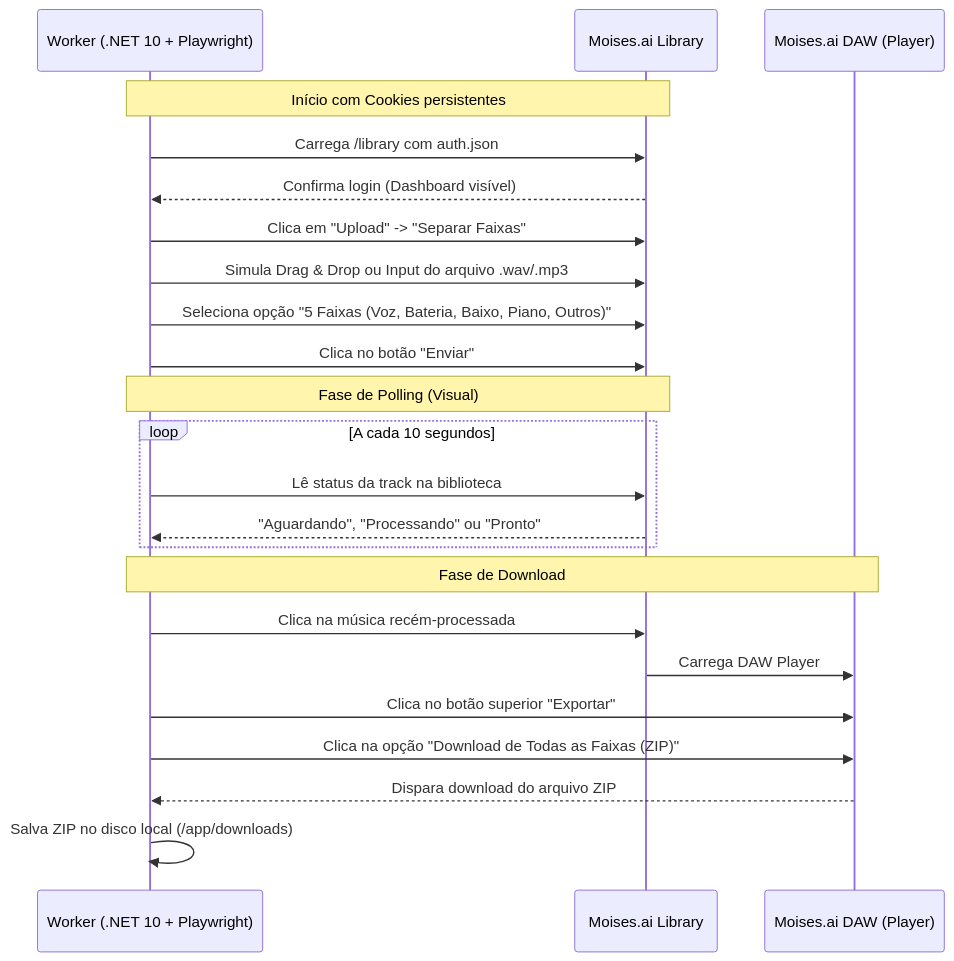
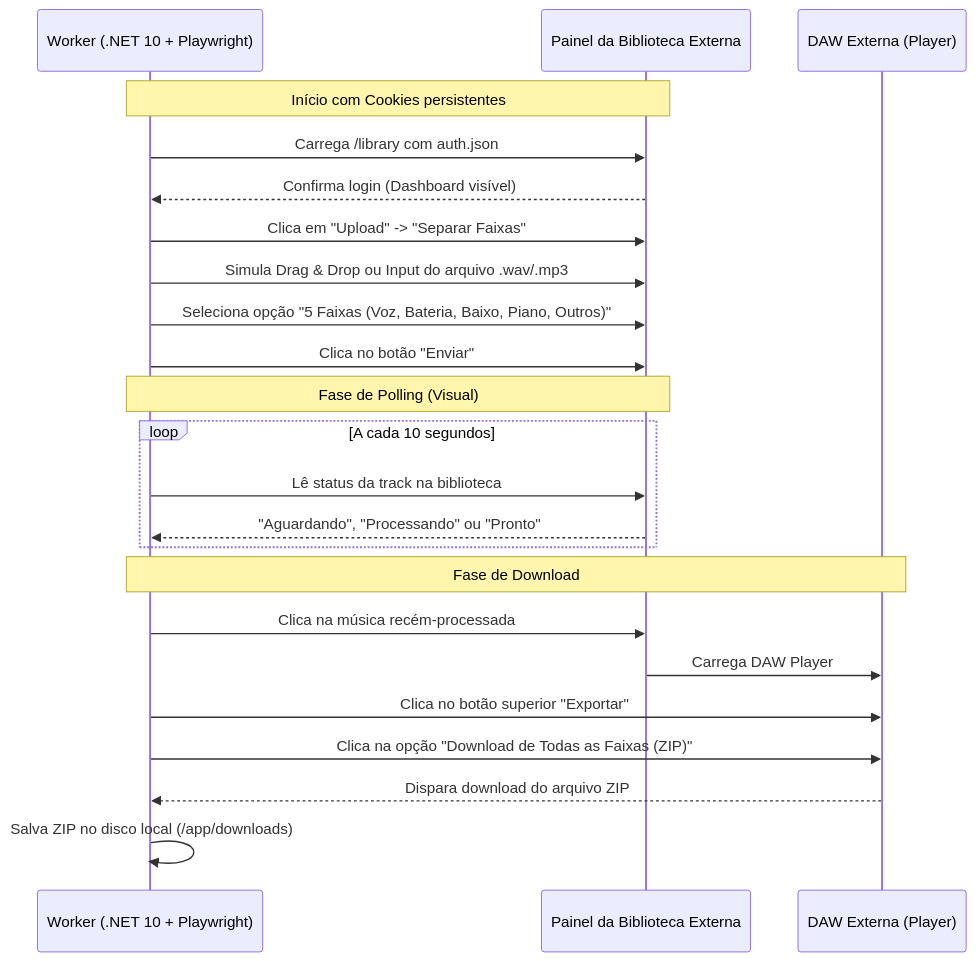
One commit to Havenox/mixer8 changed the diagram in mixer8-extractor/docs/estudo_viabilidade.md. Above: the diagram before and after it, drawn with Mermaid. The commit also changed other lines of this file, not shown here.

````diff
--- a/mixer8-extractor/docs/estudo_viabilidade.md
+++ b/mixer8-extractor/docs/estudo_viabilidade.md
@@ -46,29 +46,29 @@
 ```mermaid
 sequenceDiagram
     participant Bot as Worker (.NET 10 + Playwright)
-    participant Web as Moises.ai Library
-    participant DAW as Moises.ai DAW (Player)
+    participant Web as Painel da Biblioteca Externa
+    participant DAW as DAW Externa (Player)
     
     Note over Bot, Web: Início com Cookies persistentes
     Bot->>Web: Carrega /library com auth.json
     Web-->>Bot: Confirma login (Dashboard visível)
     
     Bot->>Web: Clica em "Upload" -> "Separar Faixas"
     Bot->>Web: Simula Drag & Drop ou Input do arquivo .wav/.mp3
     Bot->>Web: Seleciona opção "5 Faixas (Voz, Bateria, Baixo, Piano, Outros)"
     Bot->>Web: Clica no botão "Enviar"
     
     Note over Bot, Web: Fase de Polling (Visual)
     loop A cada 10 segundos
         Bot->>Web: Lê status da track na biblioteca
         Web-->>Bot: "Aguardando", "Processando" ou "Pronto"
     end
     
     Note over Bot, DAW: Fase de Download
     Bot->>Web: Clica na música recém-processada
     Web->>DAW: Carrega DAW Player
     Bot->>DAW: Clica no botão superior "Exportar"
     Bot->>DAW: Clica na opção "Download de Todas as Faixas (ZIP)"
     DAW-->>Bot: Dispara download do arquivo ZIP
     Bot->>Bot: Salva ZIP no disco local (/app/downloads)
 ```
````
